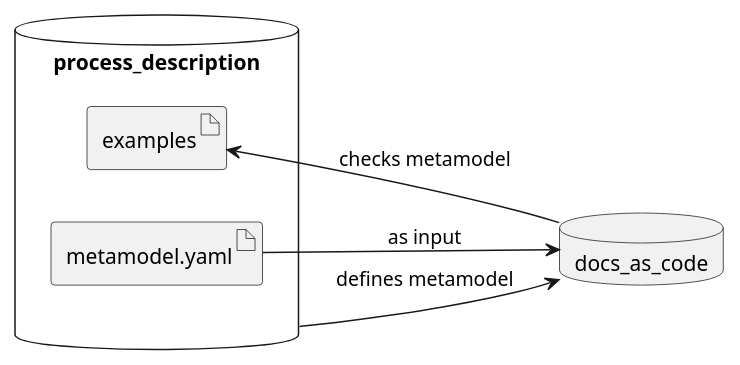
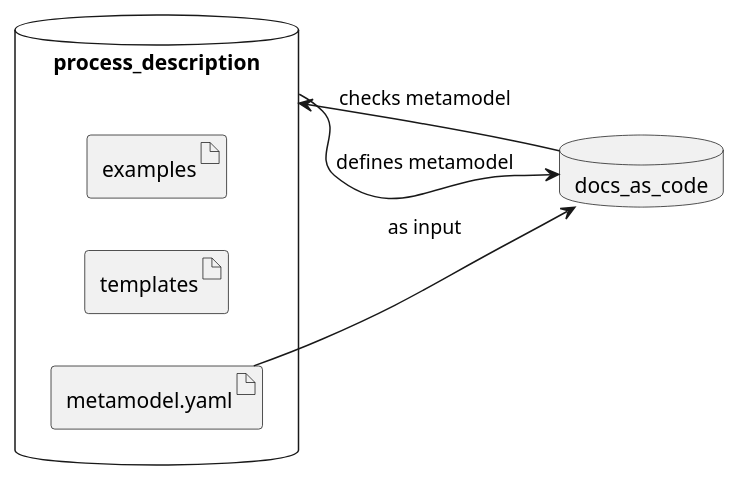
One commit to eclipse-score/score changed the third of 6 diagrams in docs/design_decisions/DR-007-infra.rst. Above: the diagram before and after it, drawn with PlantUML. The commit also changed other lines of this file, not shown here.

First line of the commit message:
Clarify "examples" vs "templates"

```diff
--- a/docs/design_decisions/DR-007-infra.rst
+++ b/docs/design_decisions/DR-007-infra.rst
@@ -137,15 +147,16 @@
 .. uml::
    :align: center
    :caption: Move meta model definition to process repository
 
    left to right direction
    database process_description {
       artifact examples
+      artifact templates
       artifact metamodel.yaml as yaml
    }
    database docs_as_code {
    }
 
    process_description --> docs_as_code : defines metamodel
    yaml --> docs_as_code : as input
-   docs_as_code --> examples : checks metamodel
+   docs_as_code --> process_description : checks metamodel
```
